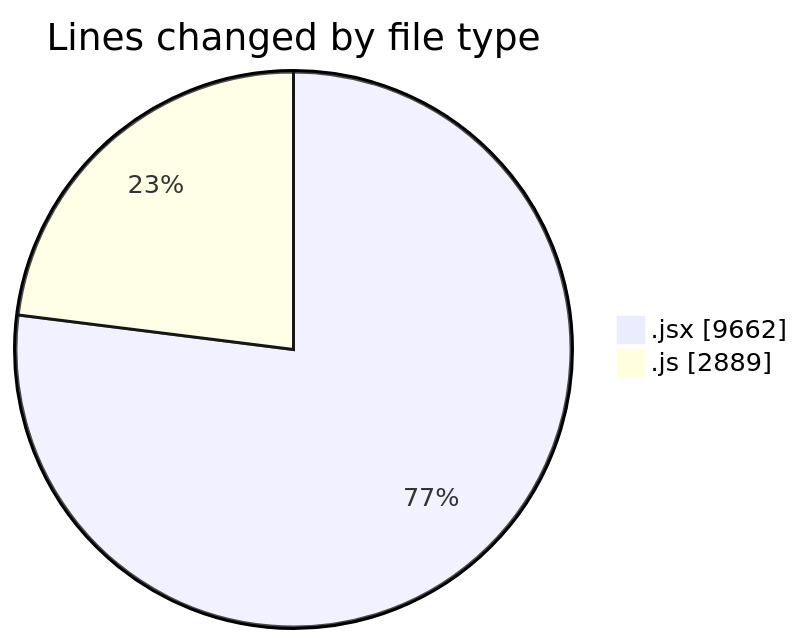
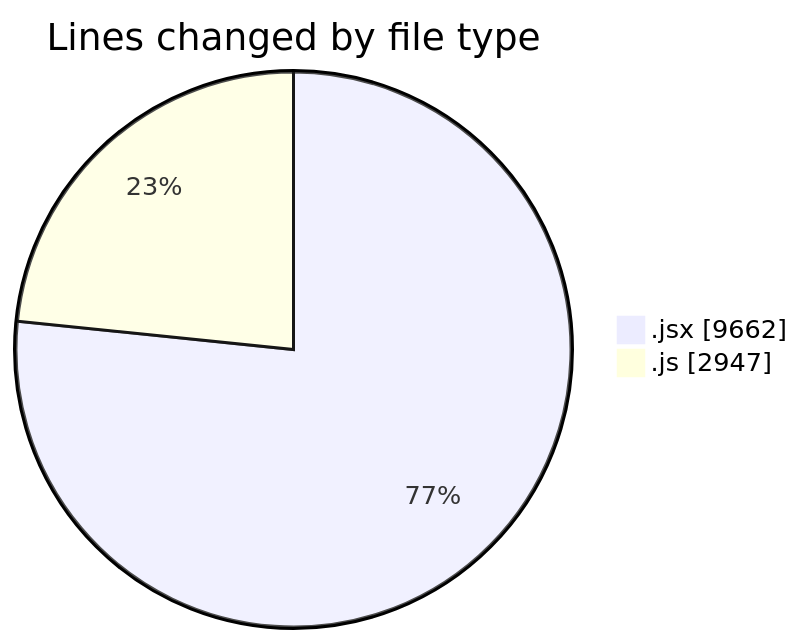
One commit to nxtqubesakshisongat/code-tracking changed the first of 2 diagrams in 2025-12-11/nxtqube_webapp/README.md. Above: the diagram before and after it, drawn with Mermaid. The commit also changed other lines of this file and 1 other file, not shown here.

````diff
--- a/2025-12-11/nxtqube_webapp/README.md
+++ b/2025-12-11/nxtqube_webapp/README.md
@@ -33,6 +34,6 @@
 ```mermaid
 pie showData
 title Lines changed by file type
 ".jsx" : 9662
-".js" : 2889
+".js" : 2947
 ```
````
